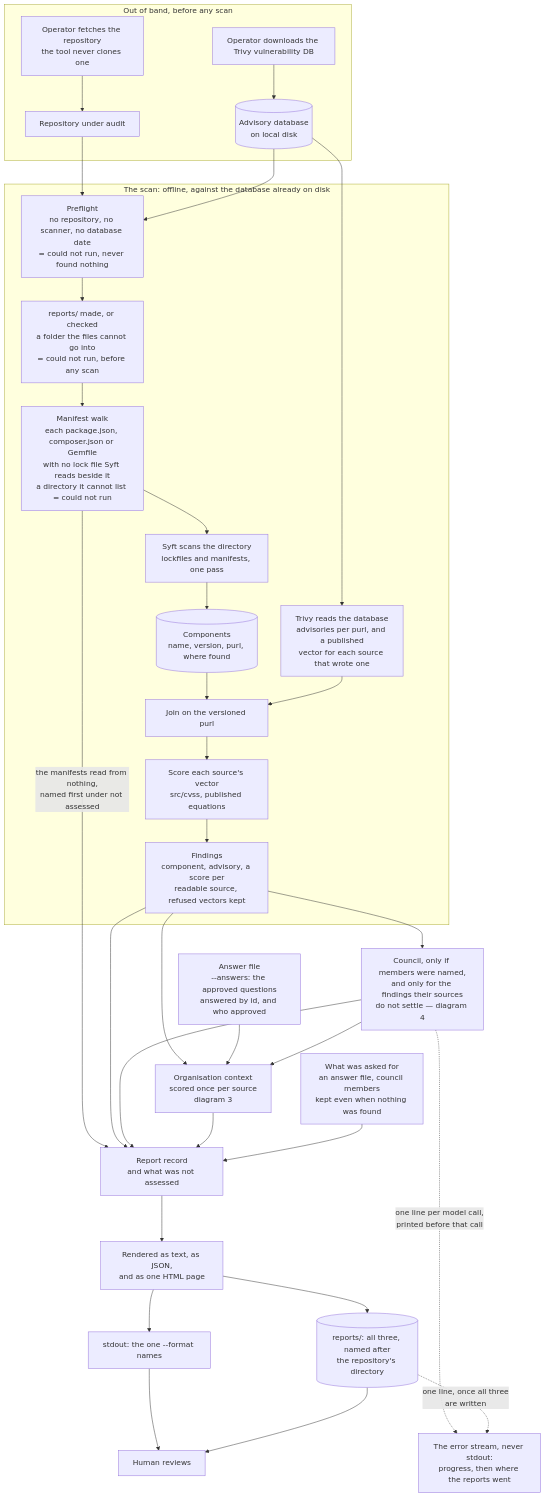
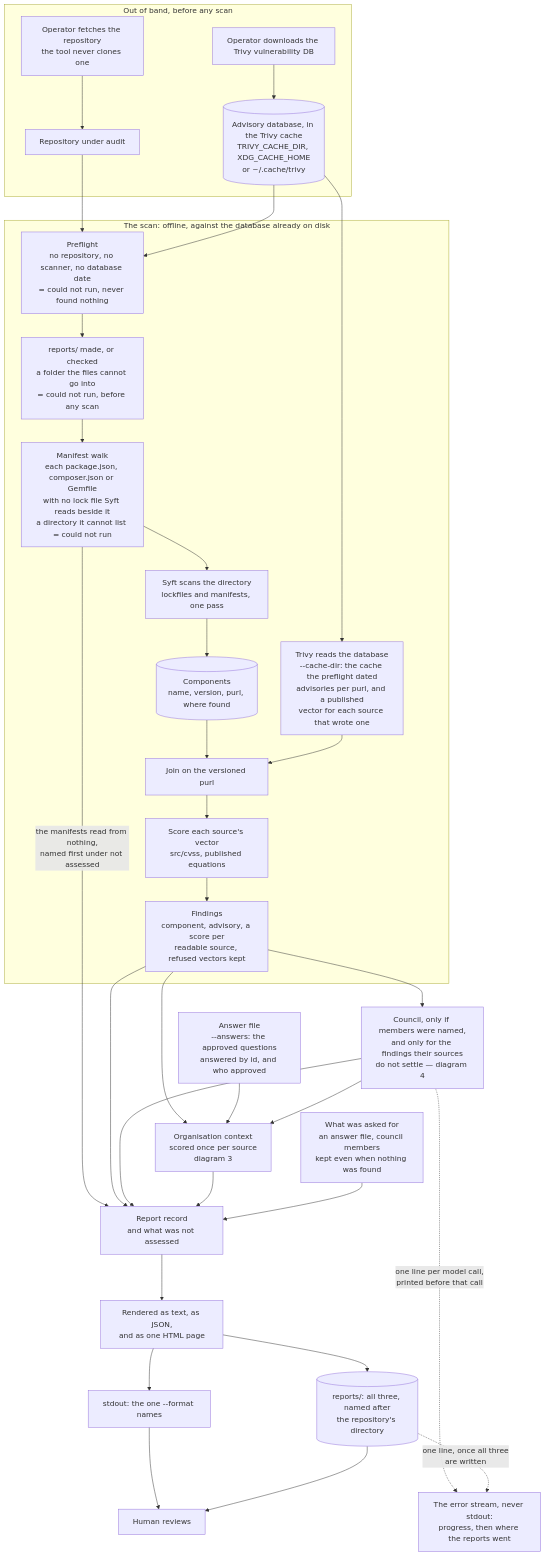
The first of 5 diagrams in docs/diagrams.md (heinthtnaung/AgenticLLMAppAuditor), drawn with Mermaid before and after one commit. The commit also changed other lines of this file and 15 other files, not shown here.

First line of the commit message:
Scan with the Trivy cache the preflight dated

````diff
--- a/docs/diagrams.md
+++ b/docs/diagrams.md
@@ -36,41 +36,41 @@
 ```mermaid
 flowchart TD
     subgraph OOB["Out of band, before any scan"]
-        fetch["Operator downloads the Trivy vulnerability DB"] --> adb[("Advisory database<br/>on local disk")]
+        fetch["Operator downloads the Trivy vulnerability DB"] --> adb[("Advisory database, in the Trivy cache<br/>TRIVY_CACHE_DIR, XDG_CACHE_HOME<br/>or ~/.cache/trivy")]
         get["Operator fetches the repository<br/>the tool never clones one"] --> repo["Repository under audit"]
     end
 
     subgraph SCAN["The scan: offline, against the database already on disk"]
         pre["Preflight<br/>no repository, no scanner, no database date<br/>= could not run, never found nothing"]
         repo --> pre
         pre --> rdir["reports/ made, or checked<br/>a folder the files cannot go into<br/>= could not run, before any scan"]
         rdir --> walk["Manifest walk<br/>each package.json, composer.json or Gemfile<br/>with no lock file Syft reads beside it<br/>a directory it cannot list = could not run"]
         walk --> syft["Syft scans the directory<br/>lockfiles and manifests, one pass"]
         syft --> comp[("Components<br/>name, version, purl, where found")]
-        trivy["Trivy reads the database<br/>advisories per purl, and a published<br/>vector for each source that wrote one"]
+        trivy["Trivy reads the database<br/>--cache-dir: the cache the preflight dated<br/>advisories per purl, and a published<br/>vector for each source that wrote one"]
         comp --> join["Join on the versioned purl"]
         trivy --> join
         join --> asm["Score each source's vector<br/>src/cvss, published equations"]
         asm --> fin["Findings<br/>component, advisory, a score per<br/>readable source, refused vectors kept"]
     end
 
     adb --> pre
     adb --> trivy
     walk -->|"the manifests read from nothing,<br/>named first under not assessed"| rec
 
     fin --> cou["Council, only if members were named,<br/>and only for the findings their sources<br/>do not settle — diagram 4"]
     fin --> ctx["Organisation context<br/>scored once per source<br/>diagram 3"]
     ans["Answer file<br/>--answers: the approved questions<br/>answered by id, and who approved"] --> ctx
     cou --> ctx
     fin --> rec["Report record<br/>and what was not assessed"]
     cou --> rec
     ctx --> rec
     asked["What was asked for<br/>an answer file, council members<br/>kept even when nothing was found"] --> rec
     rec --> rnd["Rendered as text, as JSON,<br/>and as one HTML page"]
     rnd --> out["stdout: the one --format names"]
     rnd --> saved[("reports/: all three, named after<br/>the repository's directory")]
     out --> hum["Human reviews"]
     saved --> hum
     cou -. "one line per model call,<br/>printed before that call" .-> err["The error stream, never stdout:<br/>progress, then where the reports went"]
     saved -. "one line, once all three<br/>are written" .-> err
 ```
````
